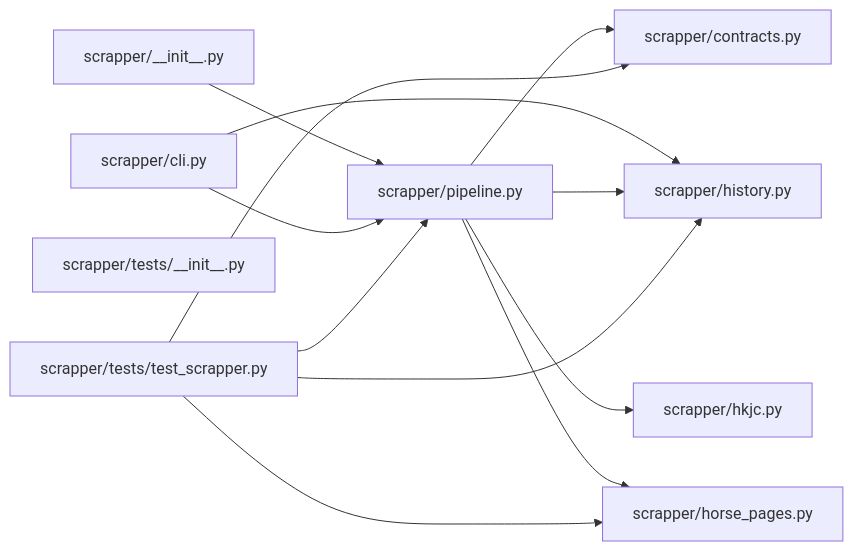
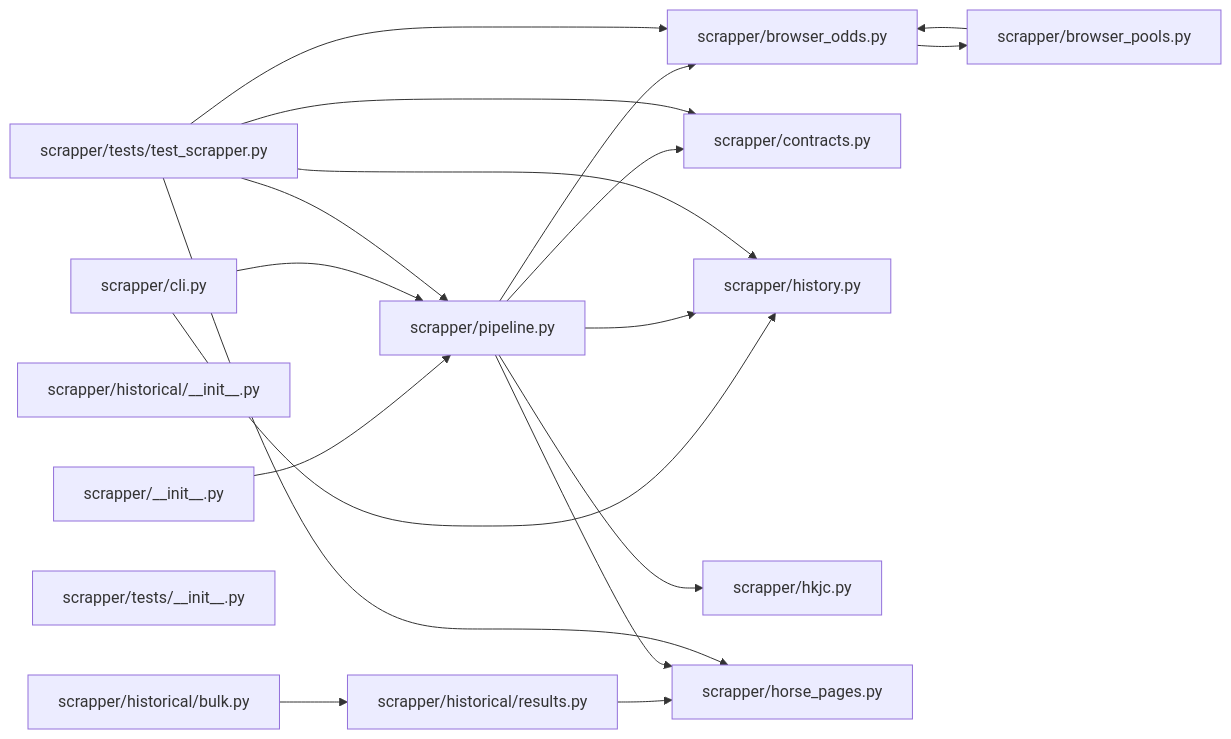
The diagram in docs/architecture-graphs/system-scrapper.mmd (Kassden/iMa), drawn with Mermaid before and after one commit. The commit also changed 41 other files, not shown here.

First line of the commit message:
docs(architecture): refresh megatect graphs

```diff
--- a/docs/architecture-graphs/system-scrapper.mmd
+++ b/docs/architecture-graphs/system-scrapper.mmd
@@ -1,21 +1,32 @@
 flowchart LR
   scrapper___init___py["scrapper/__init__.py"]
+  scrapper_browser_odds_py["scrapper/browser_odds.py"]
+  scrapper_browser_pools_py["scrapper/browser_pools.py"]
   scrapper_cli_py["scrapper/cli.py"]
   scrapper_contracts_py["scrapper/contracts.py"]
+  scrapper_historical___init___py["scrapper/historical/__init__.py"]
+  scrapper_historical_bulk_py["scrapper/historical/bulk.py"]
+  scrapper_historical_results_py["scrapper/historical/results.py"]
   scrapper_history_py["scrapper/history.py"]
   scrapper_hkjc_py["scrapper/hkjc.py"]
   scrapper_horse_pages_py["scrapper/horse_pages.py"]
   scrapper_pipeline_py["scrapper/pipeline.py"]
   scrapper_tests___init___py["scrapper/tests/__init__.py"]
   scrapper_tests_test_scrapper_py["scrapper/tests/test_scrapper.py"]
   scrapper___init___py --> scrapper_pipeline_py
+  scrapper_browser_odds_py --> scrapper_browser_pools_py
+  scrapper_browser_pools_py --> scrapper_browser_odds_py
   scrapper_cli_py --> scrapper_history_py
   scrapper_cli_py --> scrapper_pipeline_py
+  scrapper_historical_bulk_py --> scrapper_historical_results_py
+  scrapper_historical_results_py --> scrapper_horse_pages_py
+  scrapper_pipeline_py --> scrapper_browser_odds_py
   scrapper_pipeline_py --> scrapper_contracts_py
   scrapper_pipeline_py --> scrapper_history_py
   scrapper_pipeline_py --> scrapper_hkjc_py
   scrapper_pipeline_py --> scrapper_horse_pages_py
+  scrapper_tests_test_scrapper_py --> scrapper_browser_odds_py
   scrapper_tests_test_scrapper_py --> scrapper_contracts_py
   scrapper_tests_test_scrapper_py --> scrapper_history_py
   scrapper_tests_test_scrapper_py --> scrapper_horse_pages_py
   scrapper_tests_test_scrapper_py --> scrapper_pipeline_py
```
